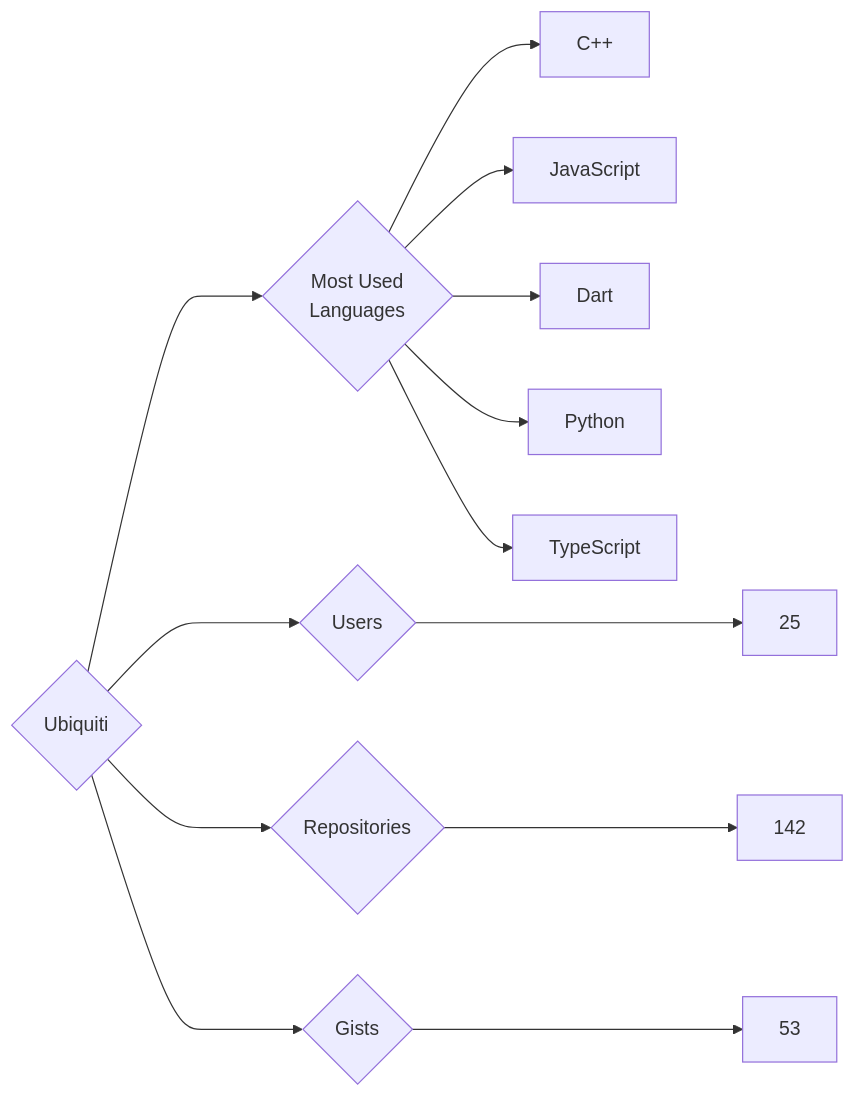
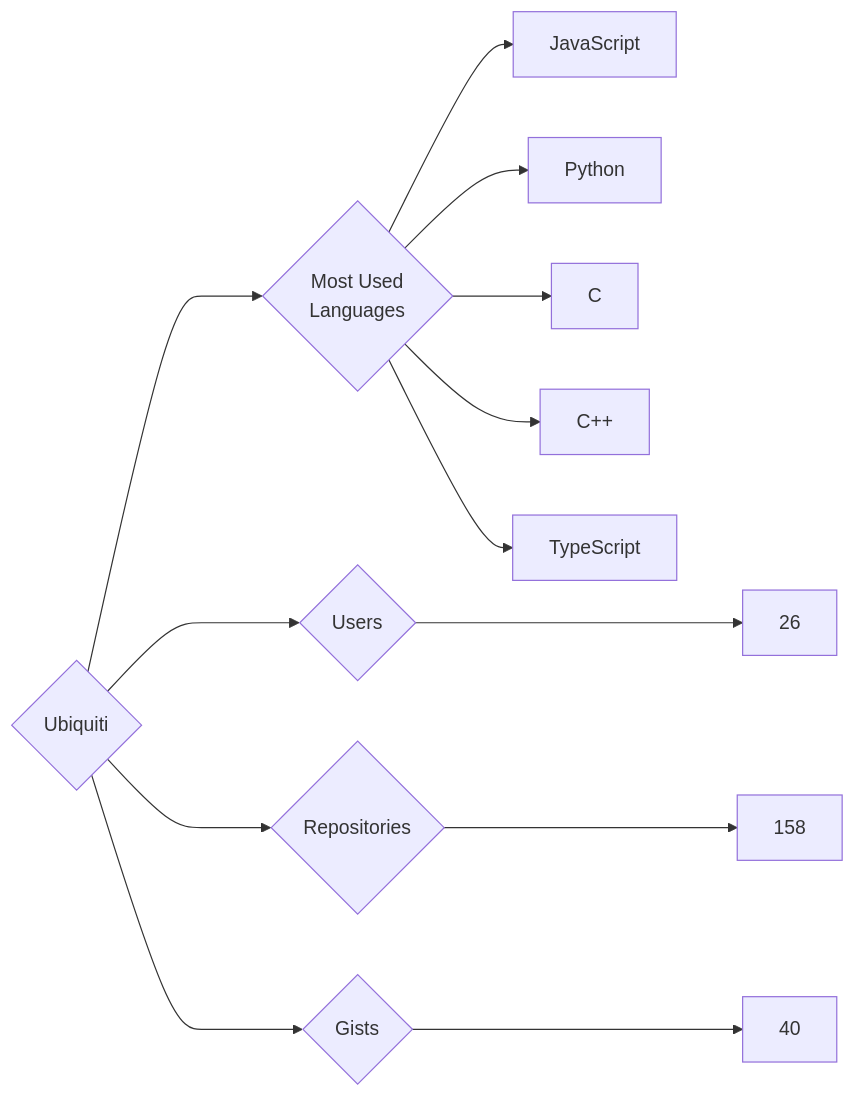
One commit to trickest/insiders changed the diagram in targets/Ubiquiti/README.md. Above: the diagram before and after it, drawn with Mermaid. The commit also changed 715 other files, not shown here.

````diff
--- a/targets/Ubiquiti/README.md
+++ b/targets/Ubiquiti/README.md
@@ -3,13 +3,13 @@
 ```mermaid
 graph LR
 COMPANY_NAME{Ubiquiti}
-COMPANY_NAME ---> U{Users} ---> UN[25]
-COMPANY_NAME ---> R{Repositories} ---> RN[142]
-COMPANY_NAME ---> G{Gists} ---> GN[53]
+COMPANY_NAME ---> U{Users} ---> UN[26]
+COMPANY_NAME ---> R{Repositories} ---> RN[158]
+COMPANY_NAME ---> G{Gists} ---> GN[40]
 COMPANY_NAME ---> ML{Most Used<br>Languages}
+ML --> JavaScript[JavaScript]
+ML --> Python[Python]
+ML --> C[C]
 ML --> C++[C++]
-ML --> JavaScript[JavaScript]
-ML --> Dart[Dart]
-ML --> Python[Python]
 ML --> TypeScript[TypeScript]
 ```
````
